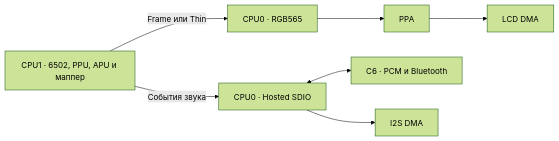
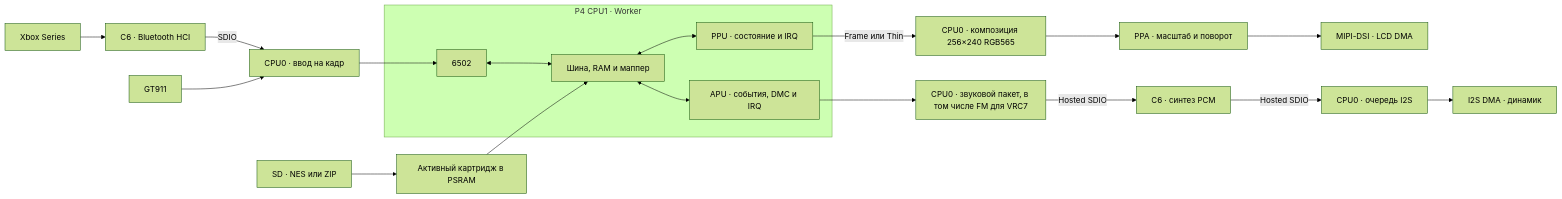
The first of 3 diagrams in bitvyr_nes_p4c6/beta/docs/02-architecture.md (KirPoz/bitvyr), drawn with Mermaid (forest theme) before and after one commit. The commit also changed other lines of this file and 27 other files, not shown here.

````diff
--- a/bitvyr_nes_p4c6/beta/docs/02-architecture.md
+++ b/bitvyr_nes_p4c6/beta/docs/02-architecture.md
@@ -5,8 +5,19 @@
 ```mermaid
 flowchart LR
-    CPU["CPU1 · 6502, PPU, APU и маппер"] -->|Frame или Thin| RGB["CPU0 · RGB565"]
-    RGB --> PPA["PPA"] --> LCD["LCD DMA"]
-    CPU -->|События звука| Host["CPU0 · Hosted SDIO"]
-    Host <--> C6["C6 · PCM и Bluetooth"]
-    Host --> Audio["I2S DMA"]
+    SD["SD · NES или ZIP"] --> ROM["Активный картридж в PSRAM"]
+    Pad["Xbox Series"] --> BT["C6 · Bluetooth HCI"]
+    BT -->|SDIO| Input["CPU0 · ввод на кадр"]
+    Touch["GT911"] --> Input
+    subgraph P1["P4 CPU1 · Worker"]
+        CPU["6502"] <--> Bus["Шина, RAM и маппер"]
+        Bus <--> PPU["PPU · состояние и IRQ"]
+        Bus <--> APU["APU · события, DMC и IRQ"]
+    end
+    Input --> CPU
+    ROM --> Bus
+    PPU -->|Frame или Thin| RGB["CPU0 · композиция 256×240 RGB565"]
+    RGB --> PPA["PPA · масштаб и поворот"] --> LCD["MIPI-DSI · LCD DMA"]
+    APU --> Host["CPU0 · звуковой пакет, в том числе FM для VRC7"]
+    Host -->|Hosted SDIO| PCM["C6 · синтез PCM"]
+    PCM -->|Hosted SDIO| I2S["CPU0 · очередь I2S"] --> Speaker["I2S DMA · динамик"]
 ```
````
